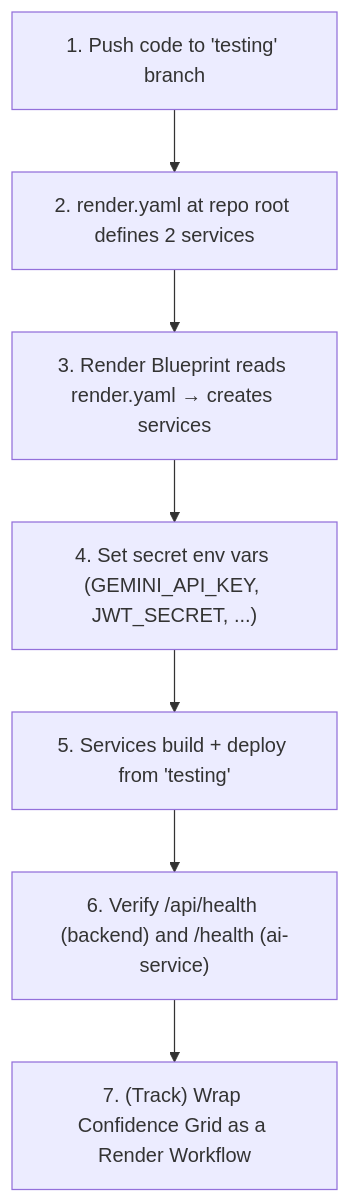
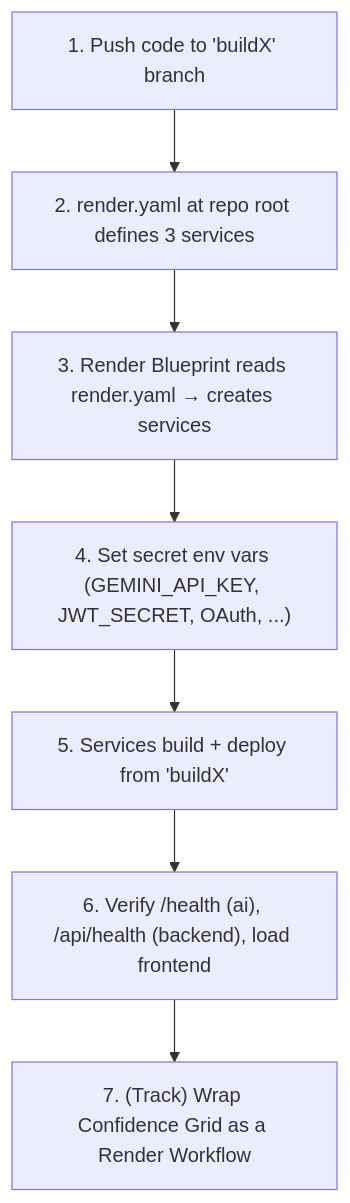
The second of 2 diagrams in docs/specifications/render/README.md (FixFlow-AI/FixFlow-AI-web), drawn with Mermaid before and after one commit. The commit also changed other lines of this file, not shown here.

Commit message:
docs(render): update render subsystem README for buildX branch topology

````diff
--- a/docs/specifications/render/README.md
+++ b/docs/specifications/render/README.md
@@ -44,9 +46,9 @@
 ```mermaid
 flowchart TD
-    A["1. Push code to 'testing' branch"] --> B["2. render.yaml at repo root defines 2 services"]
+    A["1. Push code to 'buildX' branch"] --> B["2. render.yaml at repo root defines 3 services"]
     B --> C["3. Render Blueprint reads render.yaml → creates services"]
-    C --> D["4. Set secret env vars (GEMINI_API_KEY, JWT_SECRET, ...)"]
-    D --> E["5. Services build + deploy from 'testing'"]
-    E --> F["6. Verify /api/health (backend) and /health (ai-service)"]
+    C --> D["4. Set secret env vars (GEMINI_API_KEY, JWT_SECRET, OAuth, ...)"]
+    D --> E["5. Services build + deploy from 'buildX'"]
+    E --> F["6. Verify /health (ai), /api/health (backend), load frontend"]
     F --> G["7. (Track) Wrap Confidence Grid as a Render Workflow"]
 ```
````
